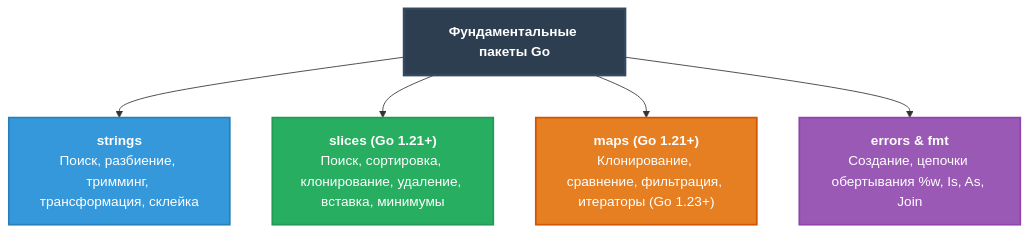
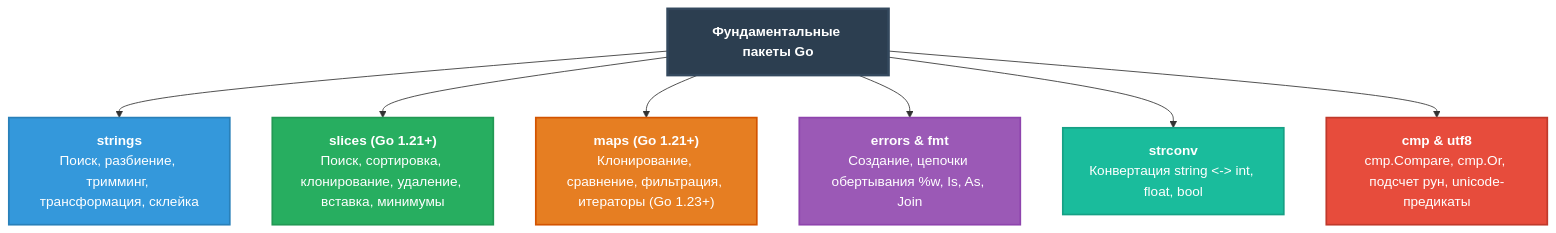
Before and after one commit to Alex808r/go-production-engineering: the diagram in go-documentation/go-std-collections-guide.md, drawn with Mermaid. The commit also changed other lines of this file, not shown here.

Commit message:
docs(std): дополнить справочник разделами strconv, cmp, unicode/utf8

````diff
--- a/go-documentation/go-std-collections-guide.md
+++ b/go-documentation/go-std-collections-guide.md
@@ -10,13 +10,17 @@
 ```mermaid
 graph TD
     A["<b>Фундаментальные пакеты Go</b>"] --> B["<b>strings</b><br/>Поиск, разбиение, тримминг, трансформация, склейка"]
     A --> C["<b>slices (Go 1.21+)</b><br/>Поиск, сортировка, клонирование, удаление, вставка, минимумы"]
     A --> D["<b>maps (Go 1.21+)</b><br/>Клонирование, сравнение, фильтрация, итераторы (Go 1.23+)"]
     A --> E["<b>errors & fmt</b><br/>Создание, цепочки обертывания %w, Is, As, Join"]
+    A --> F["<b>strconv</b><br/>Конвертация string &lt;-&gt; int, float, bool"]
+    A --> G["<b>cmp & utf8</b><br/>cmp.Compare, cmp.Or, подсчет рун, unicode-предикаты"]
 
     style A fill:#2c3e50,stroke:#34495e,stroke-width:3px,color:#fff
     style B fill:#3498db,stroke:#2980b9,stroke-width:2px,color:#fff
     style C fill:#27ae60,stroke:#229954,stroke-width:2px,color:#fff
     style D fill:#e67e22,stroke:#d35400,stroke-width:2px,color:#fff
     style E fill:#9b59b6,stroke:#8e44ad,stroke-width:2px,color:#fff
+    style F fill:#1abc9c,stroke:#16a085,stroke-width:2px,color:#fff
+    style G fill:#e74c3c,stroke:#c0392b,stroke-width:2px,color:#fff
 ```
````
